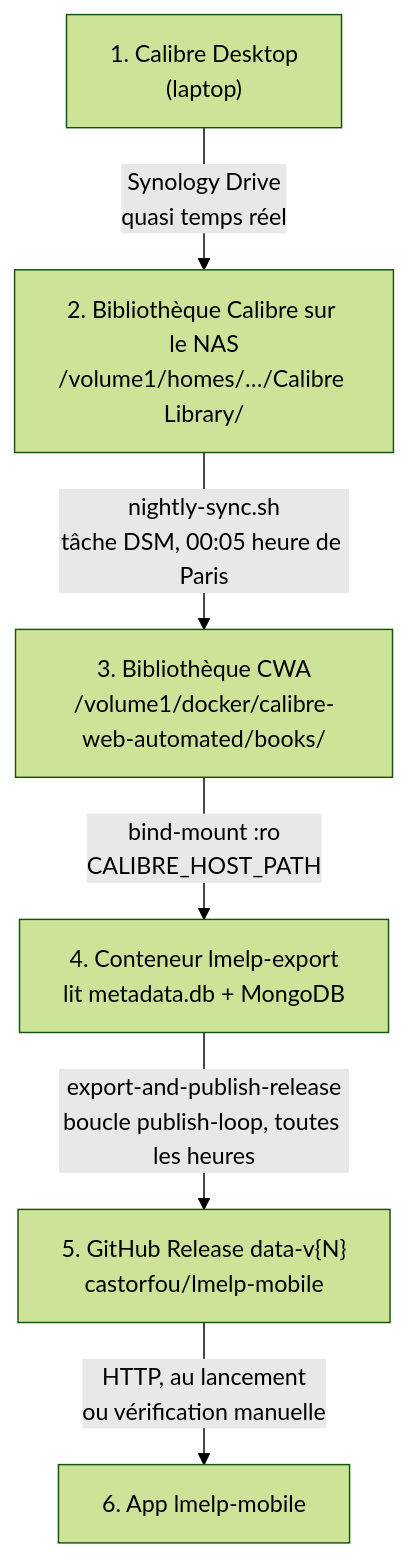
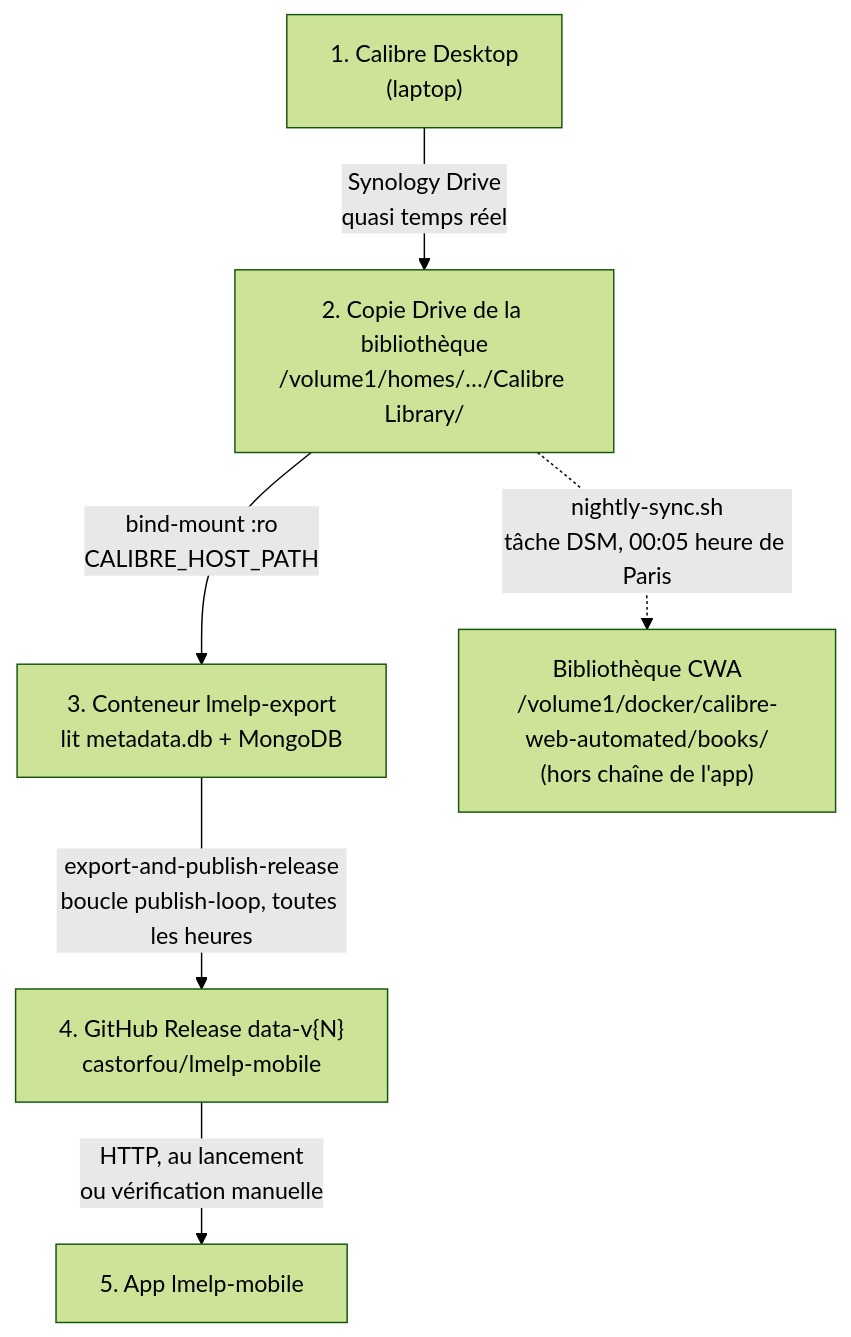
The diagram in docs/user/calibre-vers-app-mobile.md (castorfou/docker-lmelp), drawn with Mermaid (forest theme) before and after one commit. The commit also changed other lines of this file and 9 other files, not shown here.

First line of the commit message:
feat(calibre): monter la copie Synology Drive via CALIBRE_HOST_PATH (#79)

````diff
--- a/docs/user/calibre-vers-app-mobile.md
+++ b/docs/user/calibre-vers-app-mobile.md
@@ -7,8 +7,8 @@
 ```mermaid
 flowchart TD
-    A["1. Calibre Desktop<br/>(laptop)"] -->|"Synology Drive<br/>quasi temps réel"| B["2. Bibliothèque Calibre sur le NAS<br/>/volume1/homes/…/Calibre Library/"]
-    B -->|"nightly-sync.sh<br/>tâche DSM, 00:05 heure de Paris"| C["3. Bibliothèque CWA<br/>/volume1/docker/calibre-web-automated/books/"]
-    C -->|"bind-mount :ro<br/>CALIBRE_HOST_PATH"| D["4. Conteneur lmelp-export<br/>lit metadata.db + MongoDB"]
-    D -->|"export-and-publish-release<br/>boucle publish-loop, toutes les heures"| E["5. GitHub Release data-v{N}<br/>castorfou/lmelp-mobile"]
-    E -->|"HTTP, au lancement<br/>ou vérification manuelle"| F["6. App lmelp-mobile"]
+    A["1. Calibre Desktop<br/>(laptop)"] -->|"Synology Drive<br/>quasi temps réel"| B["2. Copie Drive de la bibliothèque<br/>/volume1/homes/…/Calibre Library/"]
+    B -->|"bind-mount :ro<br/>CALIBRE_HOST_PATH"| D["3. Conteneur lmelp-export<br/>lit metadata.db + MongoDB"]
+    D -->|"export-and-publish-release<br/>boucle publish-loop, toutes les heures"| E["4. GitHub Release data-v{N}<br/>castorfou/lmelp-mobile"]
+    E -->|"HTTP, au lancement<br/>ou vérification manuelle"| F["5. App lmelp-mobile"]
+    B -.->|"nightly-sync.sh<br/>tâche DSM, 00:05 heure de Paris"| C["Bibliothèque CWA<br/>/volume1/docker/calibre-web-automated/books/<br/>(hors chaîne de l'app)"]
 ```
````
